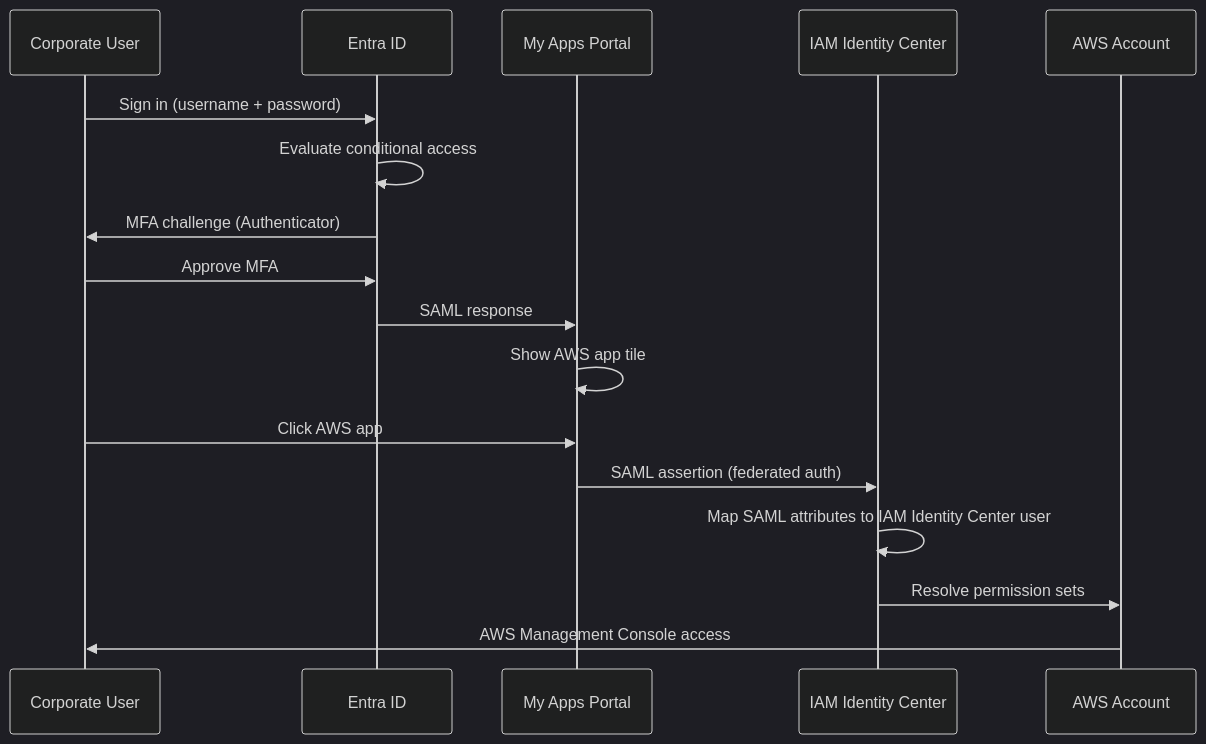
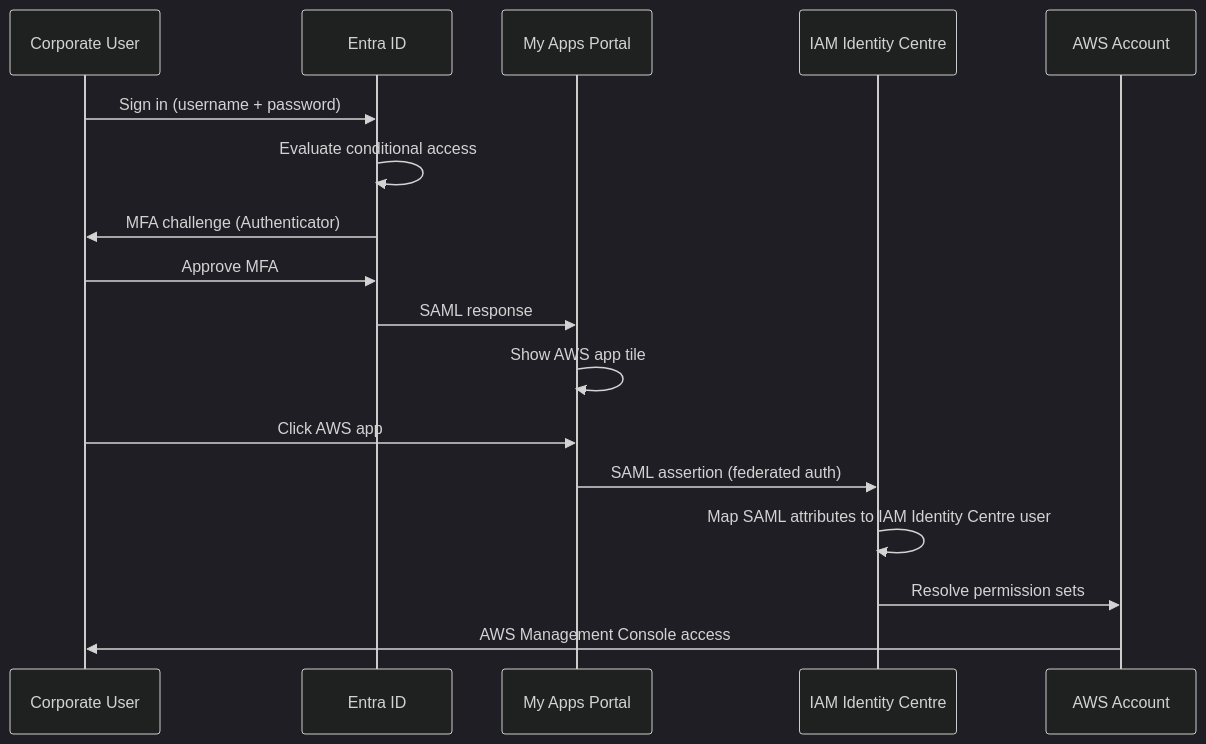
One commit to MikeEmpire1/iam-engineer-works changed the first of 2 diagrams in InnoGrid_Solutions/04-federation-sso/design.md. Above: the diagram before and after it, drawn with Mermaid (dark theme). The commit also changed other lines of this file and 30 other files, not shown here.

````diff
--- a/InnoGrid_Solutions/04-federation-sso/design.md
+++ b/InnoGrid_Solutions/04-federation-sso/design.md
@@ -26,20 +26,20 @@
 ```mermaid
 sequenceDiagram
     participant User as Corporate User
     participant Entra as Entra ID
     participant Portal as My Apps Portal
-    participant IC as IAM Identity Center
+    participant IC as IAM Identity Centre
     participant AWS as AWS Account
 
     User->>Entra: Sign in (username + password)
     Entra->>Entra: Evaluate conditional access
     Entra->>User: MFA challenge (Authenticator)
     User->>Entra: Approve MFA
     Entra->>Portal: SAML response
     Portal->>Portal: Show AWS app tile
     User->>Portal: Click AWS app
     Portal->>IC: SAML assertion (federated auth)
-    IC->>IC: Map SAML attributes to IAM Identity Center user
+    IC->>IC: Map SAML attributes to IAM Identity Centre user
     IC->>AWS: Resolve permission sets
     AWS->>User: AWS Management Console access
 ```
````
